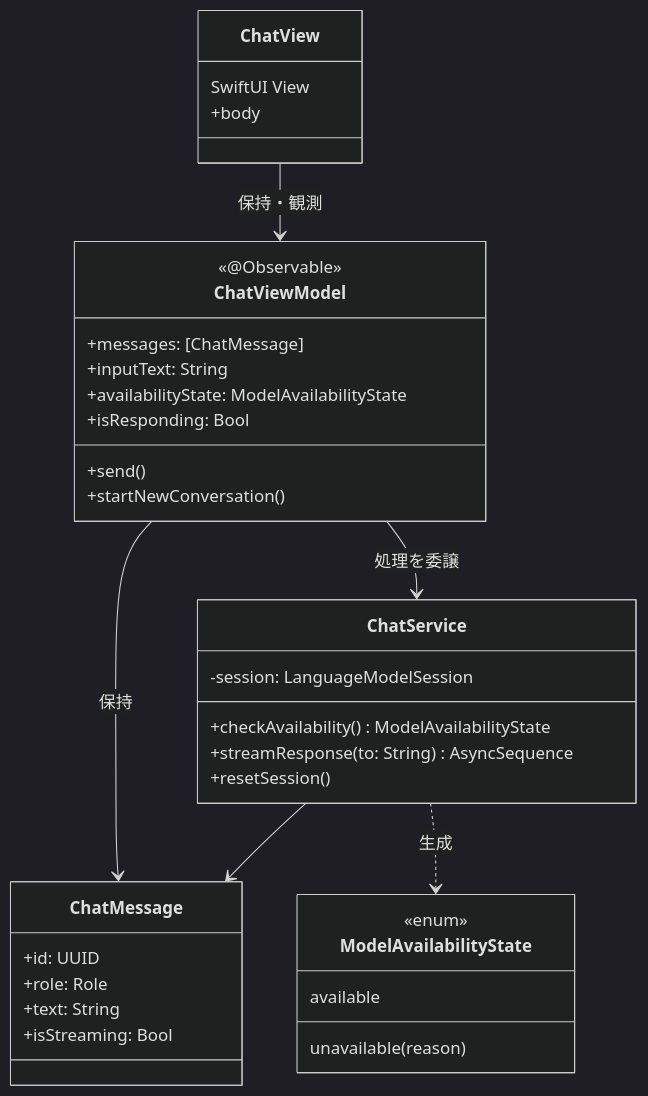
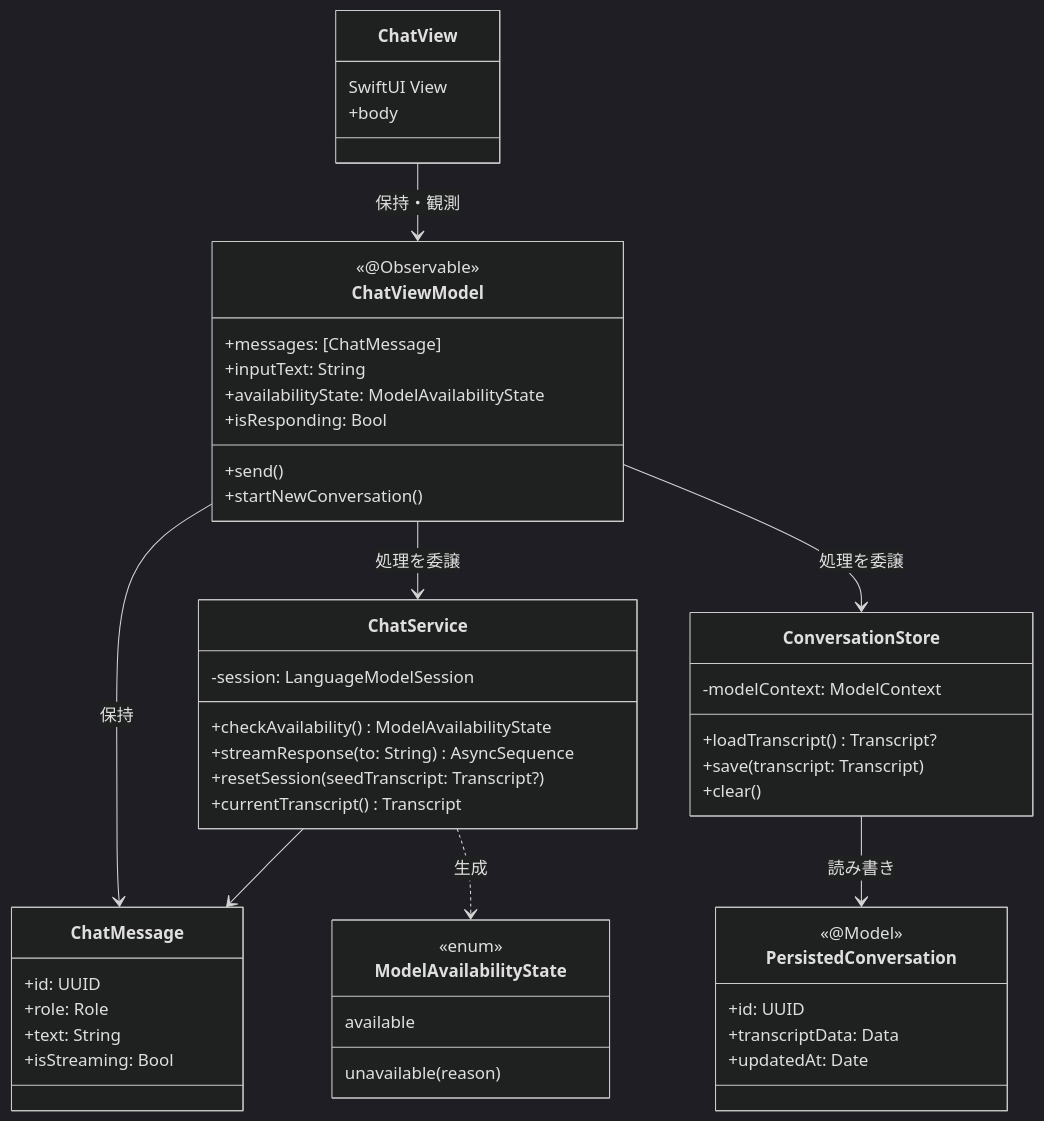
One commit to neko3cs/apple-fm-chat-app changed the first of 4 diagrams in docs/design.md. Above: the diagram before and after it, drawn with Mermaid (dark theme). The commit also changed other lines of this file and 3 other files, not shown here.

````diff
--- a/docs/design.md
+++ b/docs/design.md
@@ -5,39 +5,54 @@
 ```mermaid
 classDiagram
     class ChatView {
         SwiftUI View
         +body
     }
     class ChatViewModel {
         <<@Observable>>
         +messages: [ChatMessage]
         +inputText: String
         +availabilityState: ModelAvailabilityState
         +isResponding: Bool
         +send()
         +startNewConversation()
     }
     class ChatService {
         -session: LanguageModelSession
         +checkAvailability() ModelAvailabilityState
         +streamResponse(to: String) AsyncSequence
-        +resetSession()
+        +resetSession(seedTranscript: Transcript?)
+        +currentTranscript() Transcript
+    }
+    class ConversationStore {
+        -modelContext: ModelContext
+        +loadTranscript() Transcript?
+        +save(transcript: Transcript)
+        +clear()
+    }
+    class PersistedConversation {
+        <<@Model>>
+        +id: UUID
+        +transcriptData: Data
+        +updatedAt: Date
     }
     class ChatMessage {
         +id: UUID
         +role: Role
         +text: String
         +isStreaming: Bool
     }
     class ModelAvailabilityState {
         <<enum>>
         available
         unavailable(reason)
     }
 
     ChatView --> ChatViewModel : 保持・観測
     ChatViewModel --> ChatService : 処理を委譲
+    ChatViewModel --> ConversationStore : 処理を委譲
     ChatViewModel --> ChatMessage : 保持
     ChatService --> ChatMessage
     ChatService ..> ModelAvailabilityState : 生成
+    ConversationStore --> PersistedConversation : 読み書き
 ```
````
